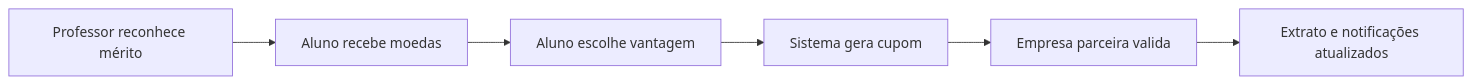
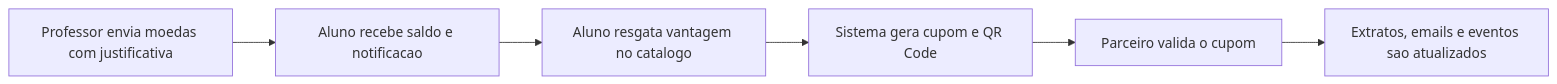
The diagram in README.md (Pedroh26ES/Sistema-De-Moedas-Java), drawn with Mermaid before and after one commit. The commit also changed other lines of this file and 68 other files, not shown here.

````diff
--- a/README.md
+++ b/README.md
@@ -28,8 +28,8 @@
 ```mermaid
 flowchart LR
-    Professor["Professor reconhece mérito"] --> Moedas["Aluno recebe moedas"]
-    Moedas --> Catalogo["Aluno escolhe vantagem"]
-    Catalogo --> Cupom["Sistema gera cupom"]
-    Cupom --> Parceiro["Empresa parceira valida"]
-    Parceiro --> Historico["Extrato e notificações atualizados"]
+    A["Professor envia moedas com justificativa"] --> B["Aluno recebe saldo e notificacao"]
+    B --> C["Aluno resgata vantagem no catalogo"]
+    C --> D["Sistema gera cupom e QR Code"]
+    D --> E["Parceiro valida o cupom"]
+    E --> F["Extratos, emails e eventos sao atualizados"]
 ```
````
